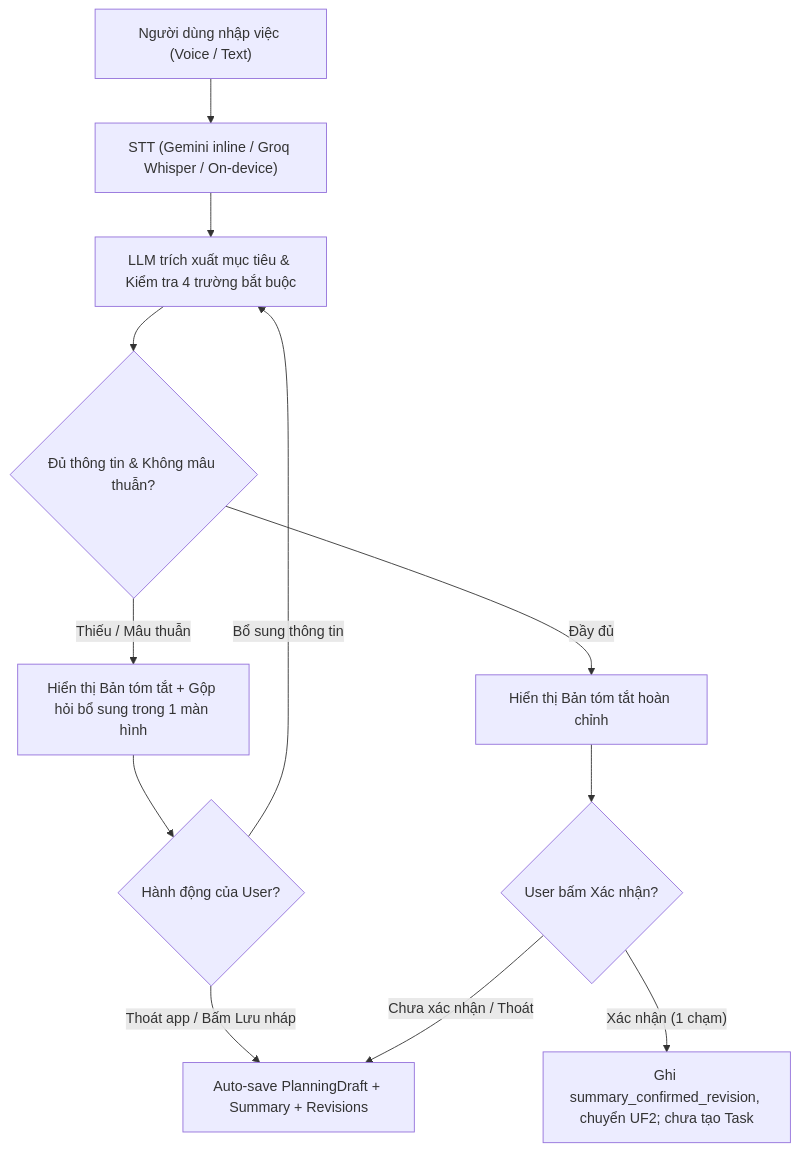
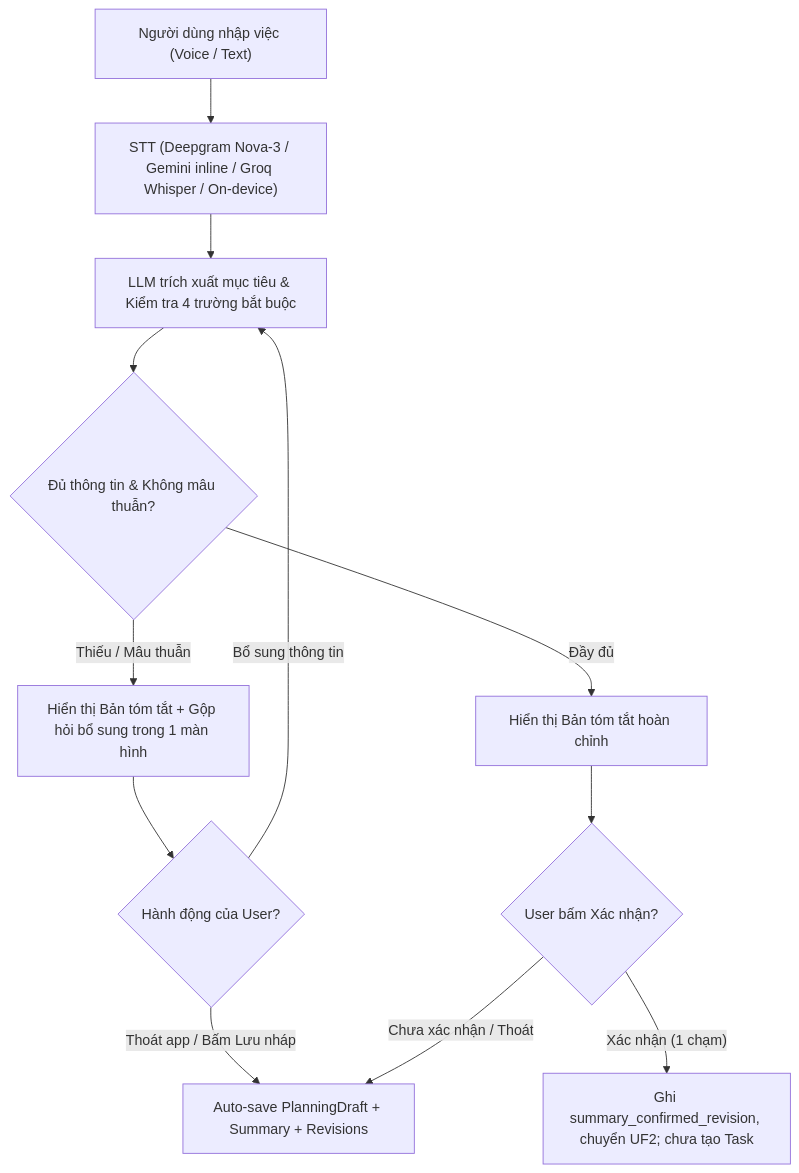
The third of 6 diagrams in Project.md (hmintrun/virtual-assistant-for-ADHD), drawn with Mermaid before and after one commit. The commit also changed other lines of this file and 3 other files, not shown here.

Commit message:
docs(uf1): sync Project.md, AGENTS.md, schema, and VOICE_STT_BENCHMARK for 3-tier STT

````diff
--- a/Project.md
+++ b/Project.md
@@ -312,14 +312,14 @@
 ```mermaid
 flowchart TD
-    A["Người dùng nhập việc (Voice / Text)"] --> B["STT (Gemini inline / Groq Whisper / On-device)"]
+    A["Người dùng nhập việc (Voice / Text)"] --> B["STT (Deepgram Nova-3 / Gemini inline / Groq Whisper / On-device)"]
     B --> C["LLM trích xuất mục tiêu & Kiểm tra 4 trường bắt buộc"]
     C --> D{"Đủ thông tin & Không mâu thuẫn?"}
     D -->|"Thiếu / Mâu thuẫn"| E["Hiển thị Bản tóm tắt + Gộp hỏi bổ sung trong 1 màn hình"]
     E --> F{"Hành động của User?"}
     F -->|"Thoát app / Bấm Lưu nháp"| G["Auto-save PlanningDraft + Summary + Revisions"]
     F -->|"Bổ sung thông tin"| C
     D -->|"Đầy đủ"| H["Hiển thị Bản tóm tắt hoàn chỉnh"]
     H --> I{"User bấm Xác nhận?"}
     I -->|"Chưa xác nhận / Thoát"| G
     I -->|"Xác nhận (1 chạm)"| J["Ghi summary_confirmed_revision, chuyển UF2; chưa tạo Task"]
 ```
````
